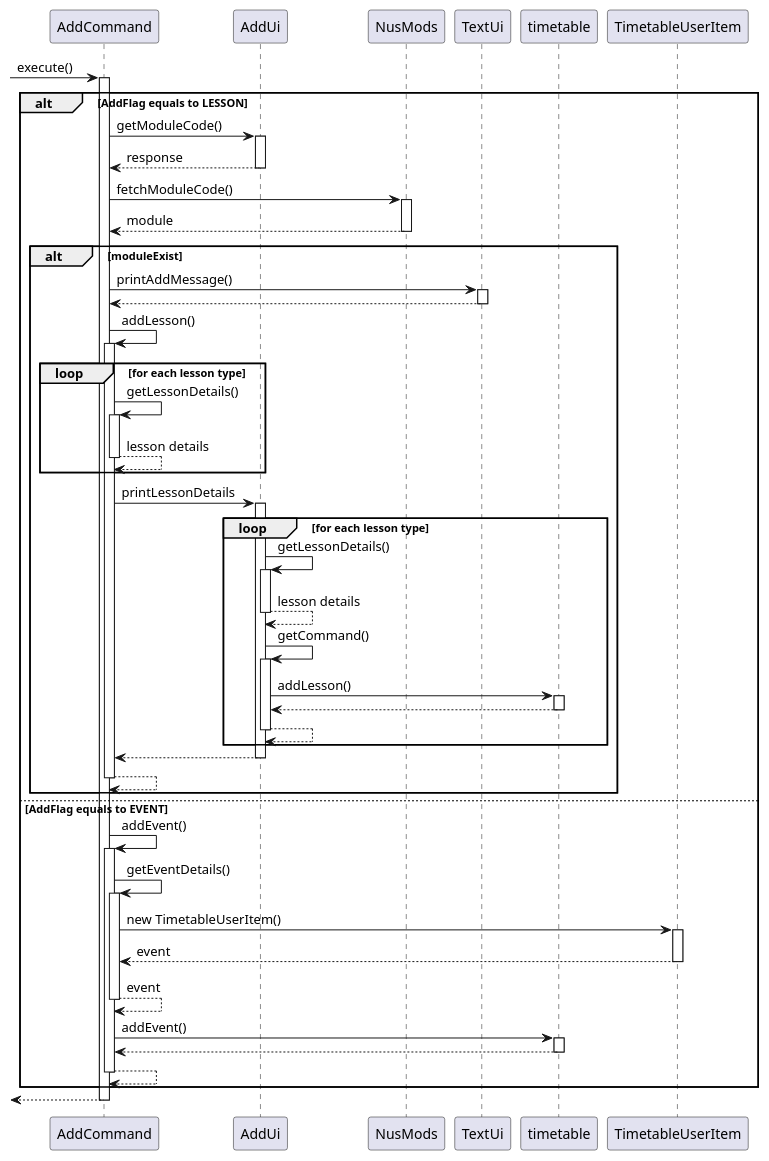
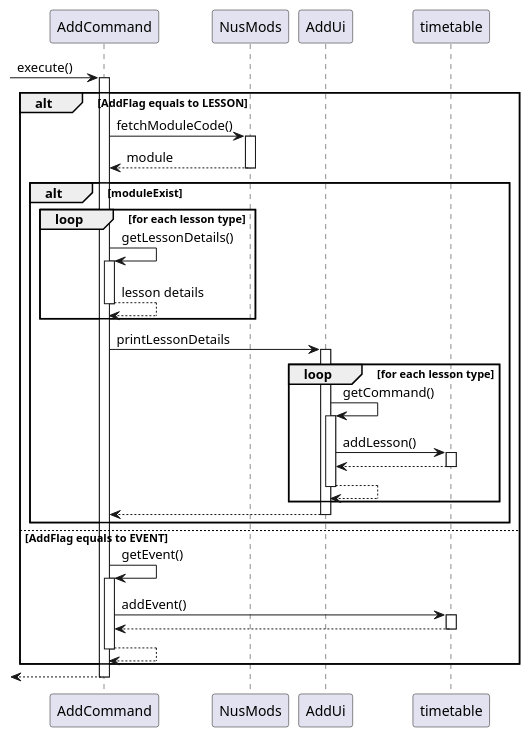
The diagram in docs/uml-diagrams/AddCommand.puml (nus-cs2113-AY2122S1/tp), drawn with PlantUML before and after one commit. The commit also changed 2 other files, not shown here.

```diff
--- a/docs/uml-diagrams/AddCommand.puml
+++ b/docs/uml-diagrams/AddCommand.puml
@@ -1,69 +1,45 @@
 @startuml
 [-> AddCommand : execute()
 activate AddCommand
 
 alt AddFlag equals to LESSON
-    AddCommand -> AddUi : getModuleCode()
-    activate AddUi
-    AddUi --> AddCommand : response
-    deactivate AddUi
     AddCommand -> NusMods : fetchModuleCode()
     activate NusMods
     NusMods --> AddCommand : module
     deactivate NusMods
     alt moduleExist
-        AddCommand -> TextUi : printAddMessage()
-        activate TextUi
-        TextUi --> AddCommand
-        deactivate TextUi
-        AddCommand -> AddCommand : addLesson()
-        activate AddCommand
         Loop for each lesson type
             AddCommand -> AddCommand : getLessonDetails()
             activate AddCommand
             AddCommand --> AddCommand : lesson details
             deactivate AddCommand
         end
         AddCommand -> AddUi : printLessonDetails
         activate AddUi
         loop for each lesson type
-            AddUi -> AddUi : getLessonDetails()
-            activate AddUi
-            AddUi --> AddUi : lesson details
-            deactivate AddUi
             AddUi -> AddUi : getCommand()
             activate AddUi
             AddUi -> timetable : addLesson()
             activate timetable
             timetable --> AddUi
             deactivate timetable
             AddUi --> AddUi
             deactivate AddUi
         end
         AddUi --> AddCommand
         deactivate AddUi
-        AddCommand --> AddCommand
-        deactivate AddCommand
     end
 else AddFlag equals to EVENT
-    AddCommand -> AddCommand : addEvent()
+    AddCommand -> AddCommand : getEvent()
     activate AddCommand
-    AddCommand -> AddCommand : getEventDetails()
-    activate AddCommand
-    AddCommand -> TimetableUserItem : new TimetableUserItem()
-    activate TimetableUserItem
-    TimetableUserItem -->AddCommand : event
-    deactivate TimetableUserItem
-    AddCommand --> AddCommand : event
-    deactivate AddCommand
     AddCommand -> timetable : addEvent()
     activate timetable
     timetable --> AddCommand
     deactivate timetable
     AddCommand --> AddCommand
     deactivate AddCommand
 end
 <-- AddCommand
 deactivate AddCommand
 
 @enduml
```
